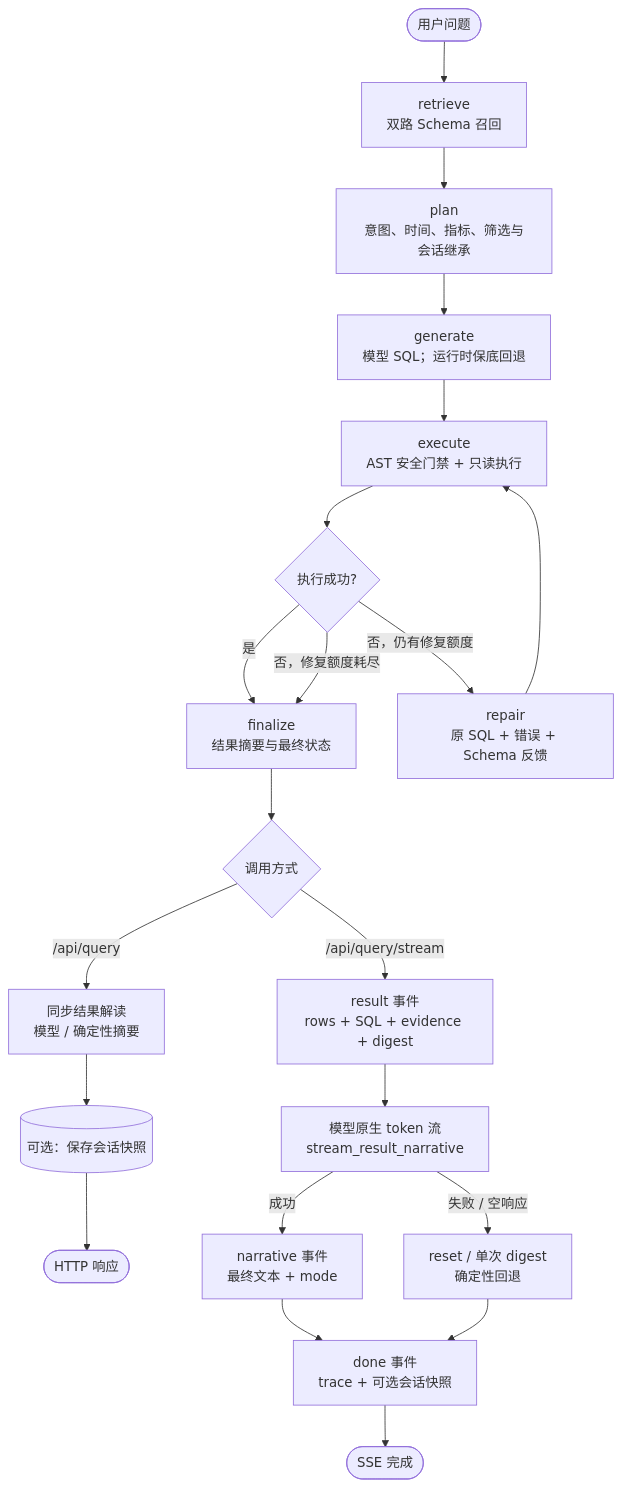
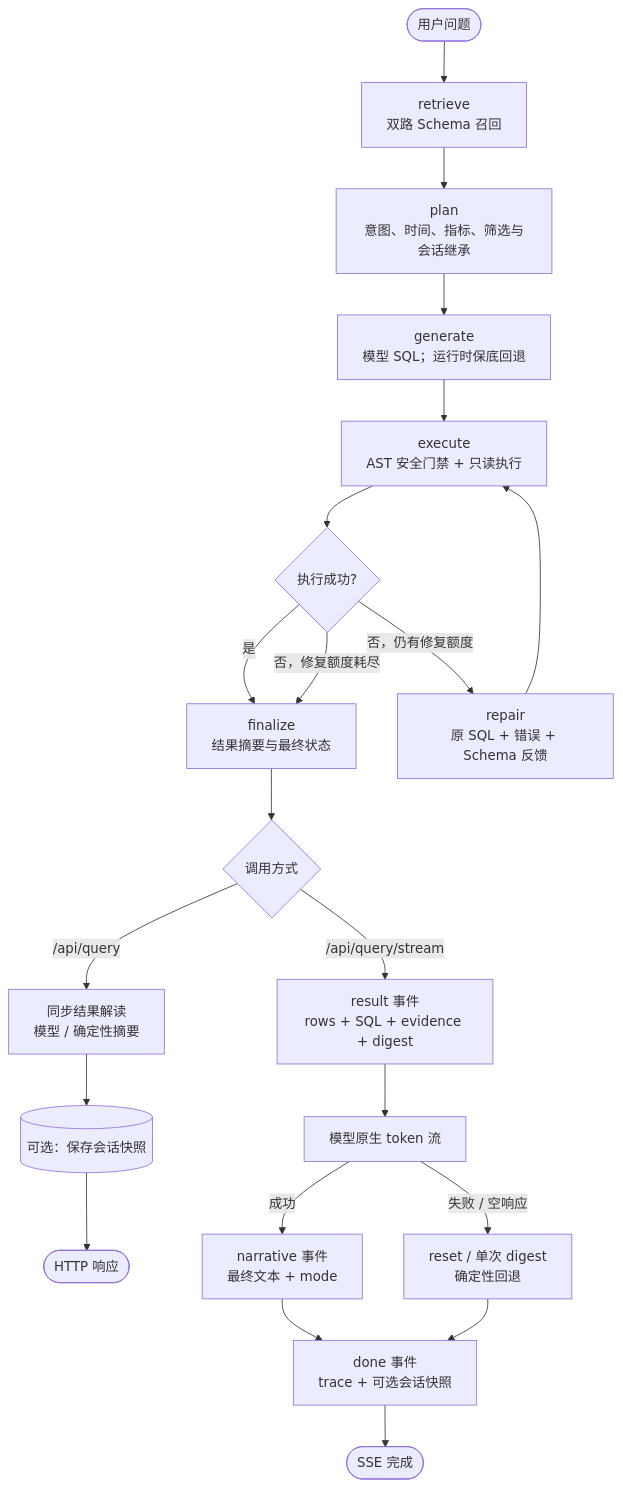
One commit to sun-sh/atlas-bi-nl2sql changed the second of 2 diagrams in README.md. Above: the diagram before and after it, drawn with Mermaid. The commit also changed other lines of this file and 7 other files, not shown here.

Commit message:
docs:refresh-readme-architecture

````diff
--- a/README.md
+++ b/README.md
@@ -55,23 +80,23 @@
 ```mermaid
 flowchart TD
     START(["用户问题"]) --> RETRIEVE["retrieve<br/>双路 Schema 召回"]
     RETRIEVE --> PLAN["plan<br/>意图、时间、指标、筛选与会话继承"]
     PLAN --> GENERATE["generate<br/>模型 SQL；运行时保底回退"]
     GENERATE --> EXECUTE["execute<br/>AST 安全门禁 + 只读执行"]
     EXECUTE --> CHECK{"执行成功?"}
     CHECK -->|"是"| FINALIZE["finalize<br/>结果摘要与最终状态"]
     CHECK -->|"否，仍有修复额度"| REPAIR["repair<br/>原 SQL + 错误 + Schema 反馈"]
     REPAIR --> EXECUTE
     CHECK -->|"否，修复额度耗尽"| FINALIZE
     FINALIZE --> MODE{"调用方式"}
     MODE -->|"/api/query"| SYNC["同步结果解读<br/>模型 / 确定性摘要"]
     SYNC --> SYNC_MEMORY[("可选：保存会话快照")]
     SYNC_MEMORY --> RESPONSE(["HTTP 响应"])
     MODE -->|"/api/query/stream"| RESULT["result 事件<br/>rows + SQL + evidence + digest"]
-    RESULT --> STREAM["模型原生 token 流<br/>stream_result_narrative"]
+    RESULT --> STREAM["模型原生 token 流"]
     STREAM -->|"成功"| NARRATIVE["narrative 事件<br/>最终文本 + mode"]
     STREAM -->|"失败 / 空响应"| FALLBACK["reset / 单次 digest<br/>确定性回退"]
     NARRATIVE --> DONE["done 事件<br/>trace + 可选会话快照"]
     FALLBACK --> DONE
     DONE --> SSE_END(["SSE 完成"])
 ```
````
